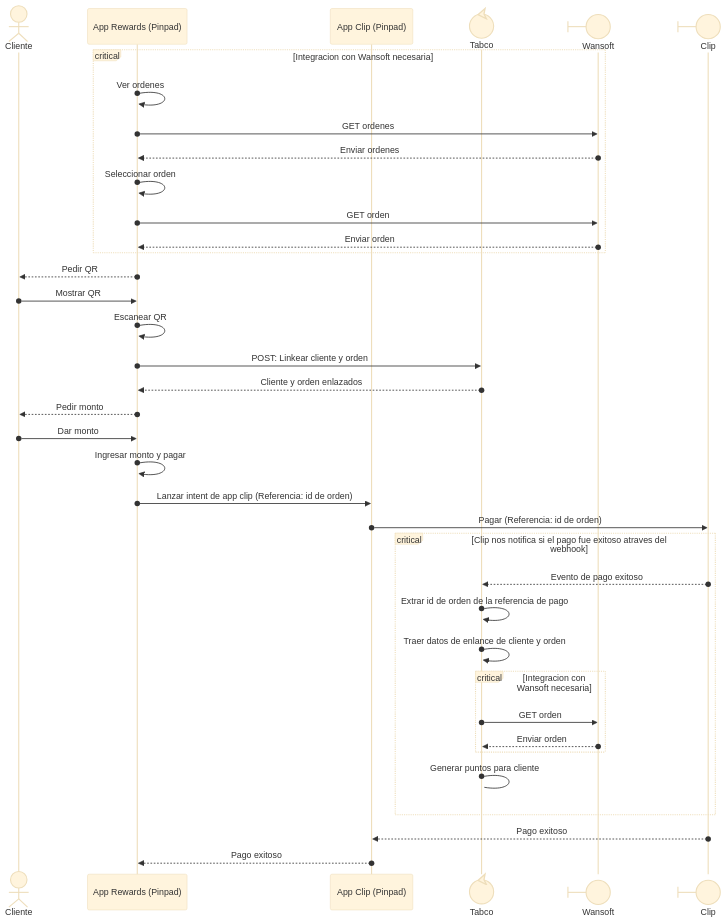
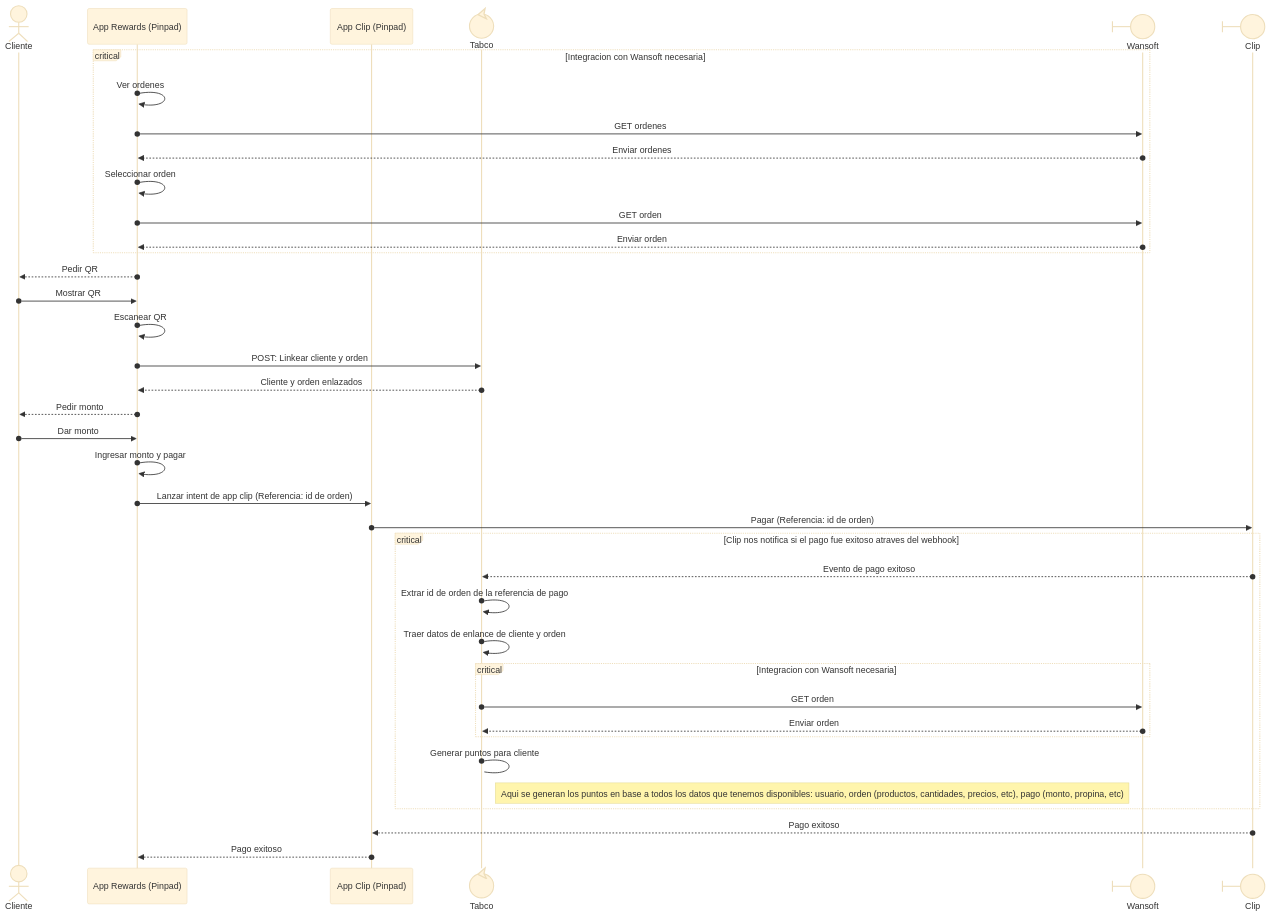
Before and after one commit to tabco-mx/docs: the diagram in README.md, drawn with Mermaid (base theme).

````diff
--- a/README.md
+++ b/README.md
@@ -3,40 +3,41 @@
 ```mermaid
 sequenceDiagram
     actor u as Cliente
     participant p as App Rewards (Pinpad)
     participant cp as App Clip (Pinpad)
     participant t@{ "type": "control" } as Tabco
     participant w@{ "type": "boundary" } as Wansoft
     participant c@{ "type": "boundary" } as Clip
 
     critical Integracion con Wansoft necesaria
         p ()->> p: Ver ordenes
         p ()->> w: GET ordenes
         w ()-->> p: Enviar ordenes
         p ()->> p: Seleccionar orden
         p ()->> w: GET orden
         w ()-->> p: Enviar orden
     end
     p ()-->> u: Pedir QR
     u ()->> p: Mostrar QR
     p ()->> p: Escanear QR
     p ()->> t: POST: Linkear cliente y orden
     t ()-->> p: Cliente y orden enlazados
     p ()-->> u: Pedir monto
     u ()->> p: Dar monto
     p ()->> p: Ingresar monto y pagar
     p ()->> cp: Lanzar intent de app clip (Referencia: id de orden)
     cp ()->> c: Pagar (Referencia: id de orden)
     critical Clip nos notifica si el pago fue exitoso atraves del webhook
         c ()-->> t: Evento de pago exitoso
         t ()->>t: Extrar id de orden de la referencia de pago
         t ()->>t: Traer datos de enlance de cliente y orden
         critical Integracion con Wansoft necesaria
             t ()->>w: GET orden
             w ()-->> t: Enviar orden
         end
         t ()->t: Generar puntos para cliente
+        Note right of t: Aqui se generan los puntos en base a todos los datos que tenemos disponibles: usuario, orden (productos, cantidades, precios, etc), pago (monto, propina, etc)
     end
     c ()-->>cp: Pago exitoso
     cp ()-->>p: Pago exitoso
 ```
````
